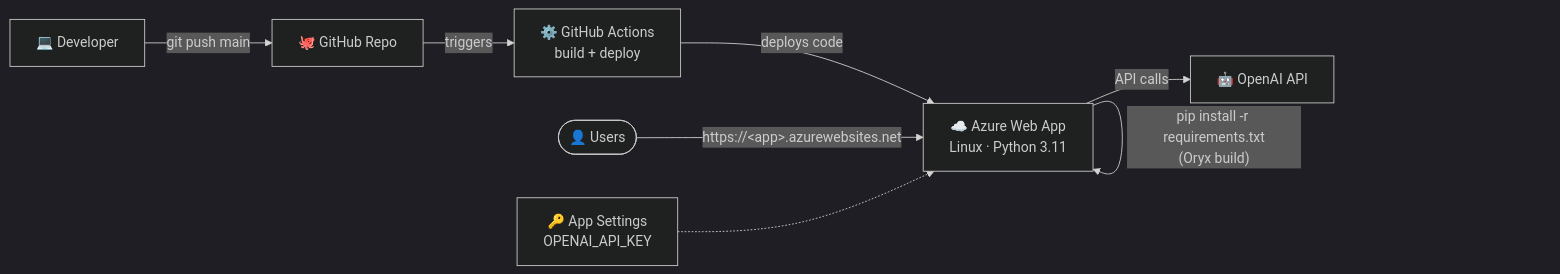
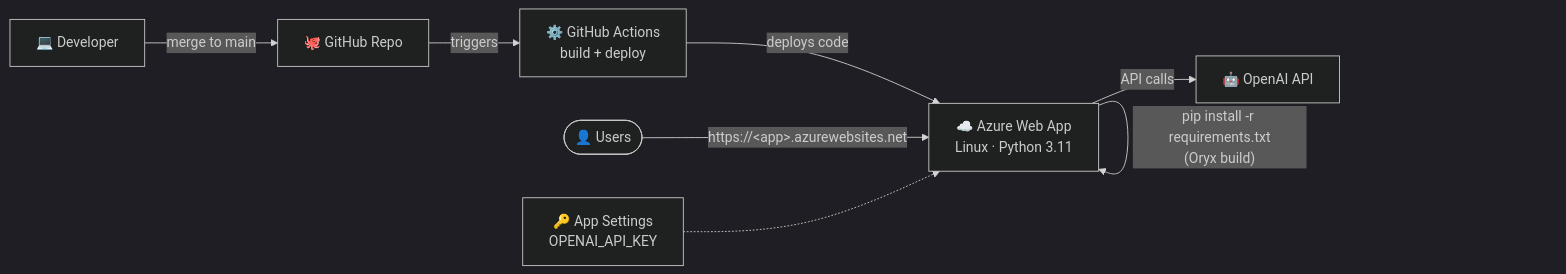
One commit to ajeetuk/Project_1_Financial_Policy_ChatBot_Rag_Implementation changed the sixth of 6 diagrams in README.md. Above: the diagram before and after it, drawn with Mermaid (dark theme). The commit also changed other lines of this file, not shown here.

````diff
--- a/README.md
+++ b/README.md
@@ -357,10 +411,10 @@
 ```mermaid
 flowchart LR
-    DEV["💻 Developer"] -- "git push main" --> GH["🐙 GitHub Repo"]
+    DEV["💻 Developer"] -- "merge to main" --> GH["🐙 GitHub Repo"]
     GH -- "triggers" --> GA["⚙️ GitHub Actions<br/>build + deploy"]
     GA -- "deploys code" --> AZ["☁️ Azure Web App<br/>Linux · Python 3.11"]
     AZ -- "pip install -r requirements.txt<br/>(Oryx build)" --> AZ
     AZ -- "API calls" --> OAI["🤖 OpenAI API"]
     USR(["👤 Users"]) -- "https://&lt;app&gt;.azurewebsites.net" --> AZ
     KEY["🔑 App Settings<br/>OPENAI_API_KEY"] -.-> AZ
 ```
````
